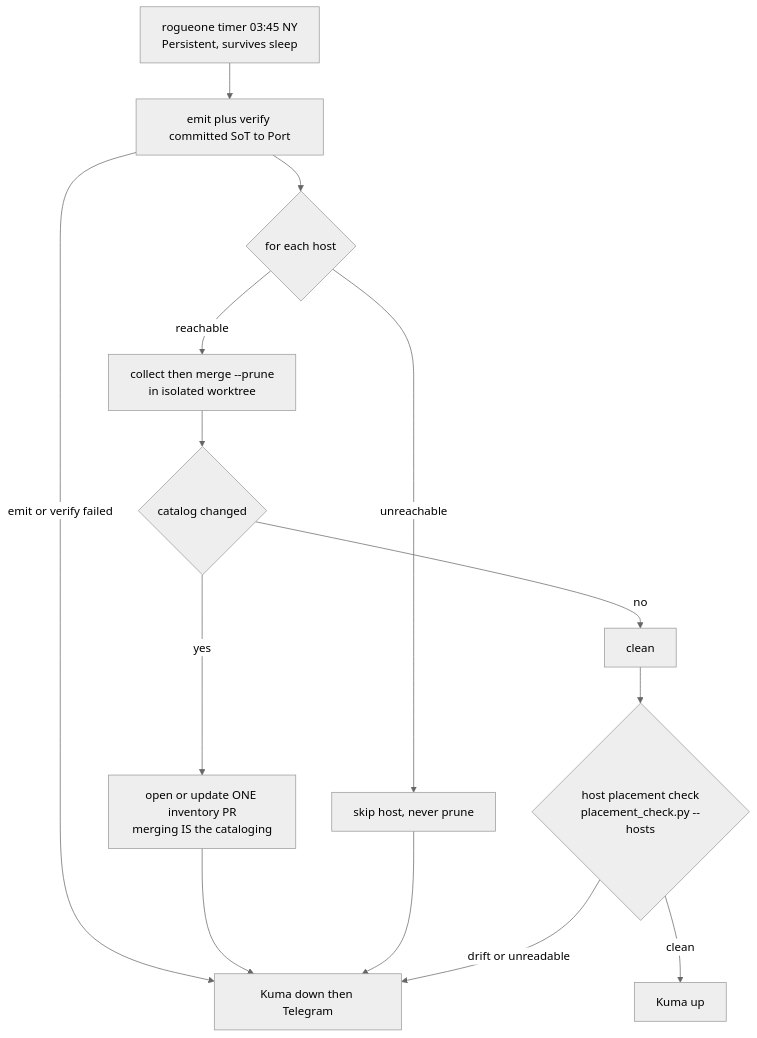
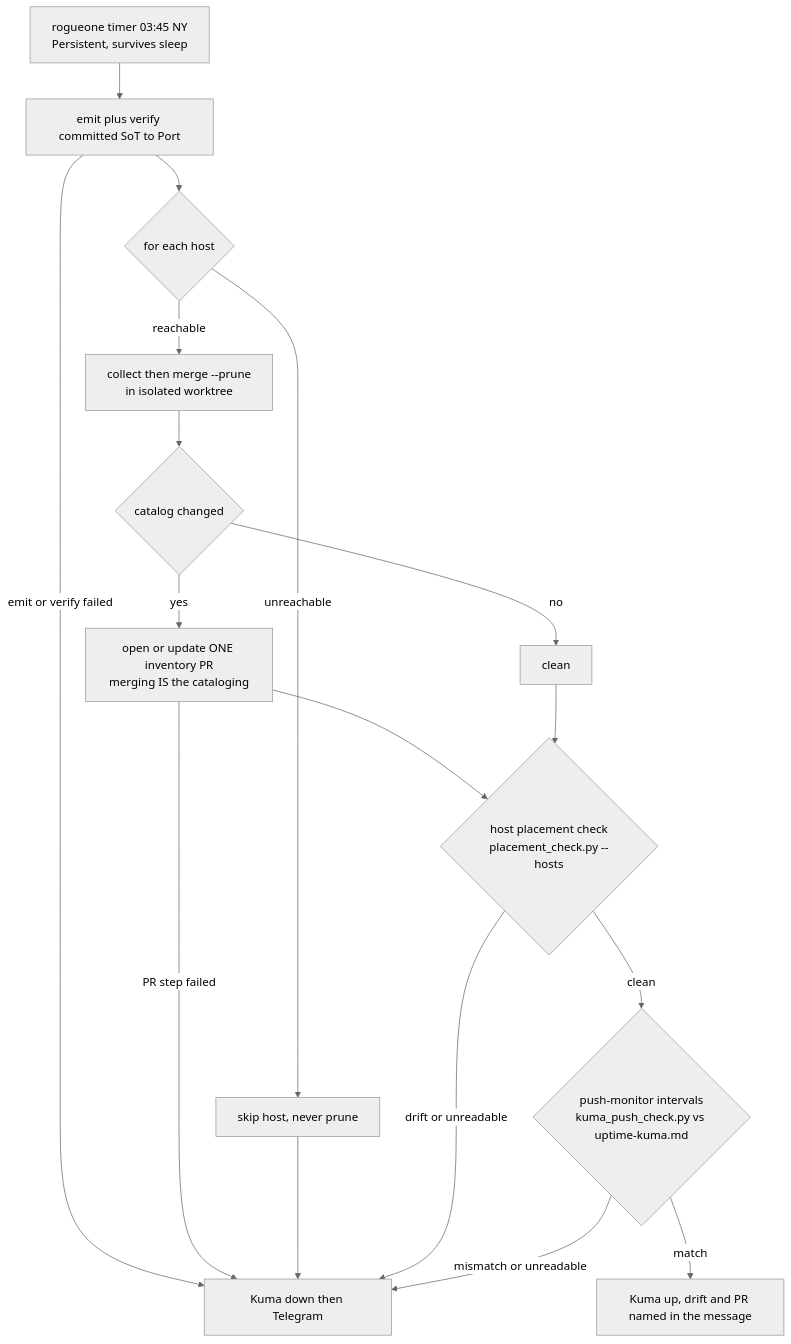
Before and after one commit to edtbl76/weyland-lab: the second of 2 diagrams in docs/diagrams/flow-machine-inventory.md, drawn with Mermaid (neutral theme). The commit also changed other lines of this file and 9 other files, not shown here.

First line of the commit message:
**Implement Kuma Push Monitor Interval Guard**

````diff
--- a/docs/diagrams/flow-machine-inventory.md
+++ b/docs/diagrams/flow-machine-inventory.md
@@ -45,16 +46,19 @@
 ```mermaid
 flowchart TD
     T[rogueone timer 03:45 NY<br/>Persistent, survives sleep] --> E[emit plus verify committed SoT to Port]
     E -->|emit or verify failed| DOWN
     E --> L{for each host}
     L -->|reachable| M[collect then merge --prune<br/>in isolated worktree]
     L -->|unreachable| S[skip host, never prune]
     M --> C{catalog changed}
     C -->|yes| PR[open or update ONE inventory PR<br/>merging IS the cataloging]
     C -->|no| OK[clean]
-    PR --> DOWN[Kuma down then Telegram]
+    PR --> H
+    PR -->|PR step failed| DOWN[Kuma down then Telegram]
     S --> DOWN
     OK --> H{host placement check<br/>placement_check.py --hosts}
     H -->|drift or unreadable| DOWN
-    H -->|clean| UP[Kuma up]
+    H -->|clean| K{push-monitor intervals<br/>kuma_push_check.py vs uptime-kuma.md}
+    K -->|mismatch or unreadable| DOWN
+    K -->|match| UP[Kuma up, drift and PR named in the message]
 ```
````
